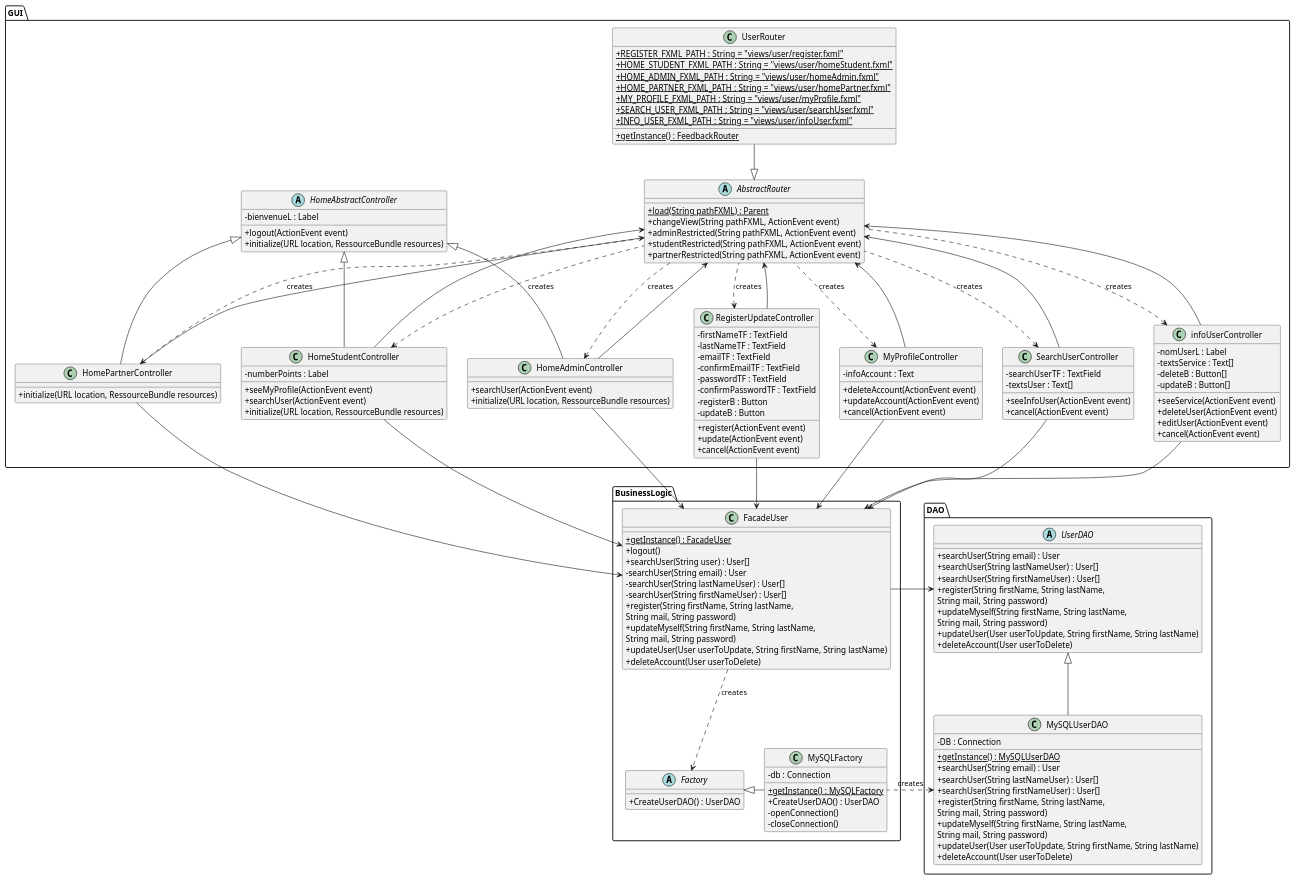
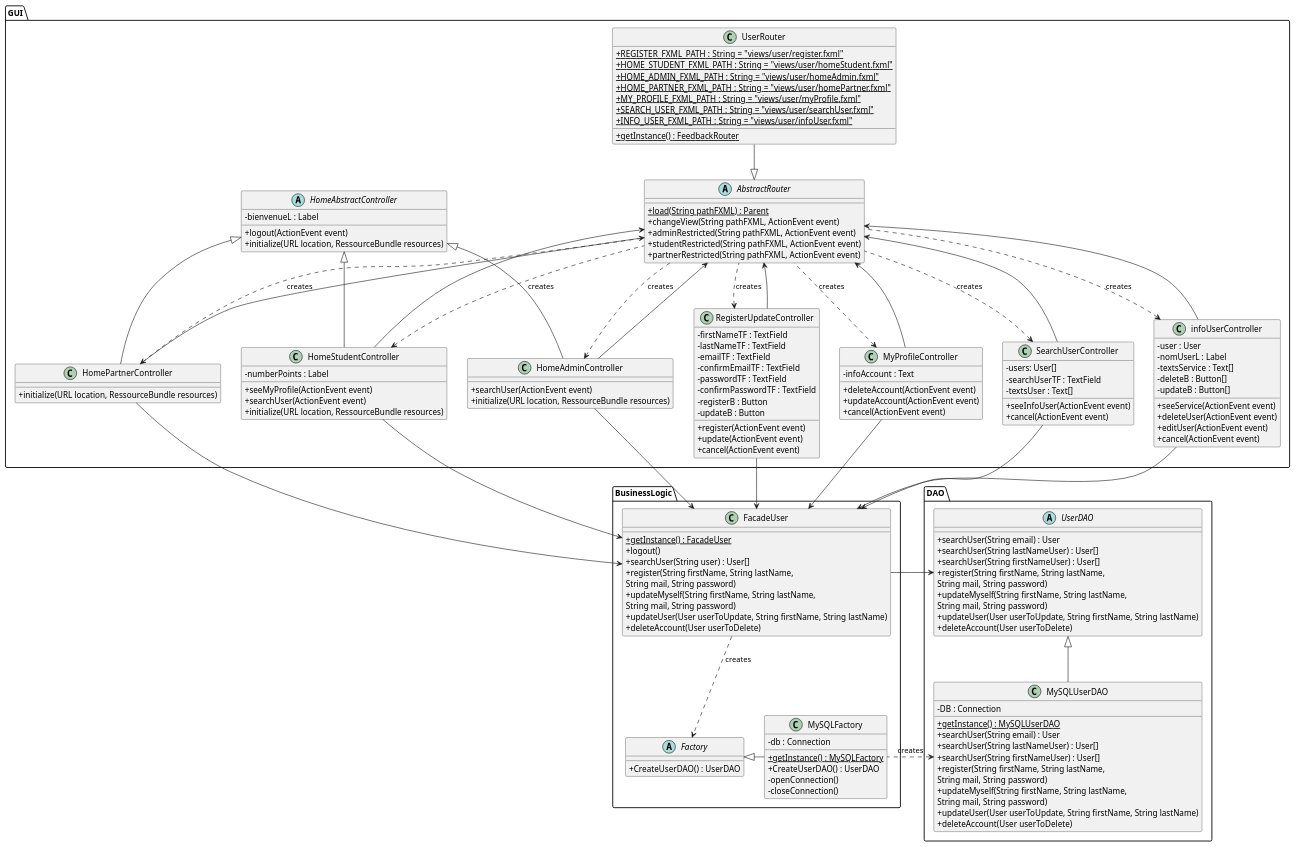
Before and after one commit to guiguie34/StudEasy: the diagram in project_diagrams/classDiagrams/userManagement.puml, drawn with PlantUML. The commit also changed 2 other files, not shown here.

Commit message:
Fix : class diagrams

```diff
--- a/project_diagrams/classDiagrams/userManagement.puml
+++ b/project_diagrams/classDiagrams/userManagement.puml
@@ -1,182 +1,181 @@
 @startuml
 skinparam classAttributeIconSize 0
 
 package GUI{
     abstract class AbstractRouter{
         + {static} load(String pathFXML) : Parent
         + changeView(String pathFXML, ActionEvent event)
         + adminRestricted(String pathFXML, ActionEvent event)
         + studentRestricted(String pathFXML, ActionEvent event)
         + partnerRestricted(String pathFXML, ActionEvent event)
     }
 
     class UserRouter{
         + {static} REGISTER_FXML_PATH : String = "views/user/register.fxml"
         + {static} HOME_STUDENT_FXML_PATH : String = "views/user/homeStudent.fxml"
         + {static} HOME_ADMIN_FXML_PATH : String = "views/user/homeAdmin.fxml"
         + {static} HOME_PARTNER_FXML_PATH : String = "views/user/homePartner.fxml"
         + {static} MY_PROFILE_FXML_PATH : String = "views/user/myProfile.fxml"
         + {static} SEARCH_USER_FXML_PATH : String = "views/user/searchUser.fxml"
         + {static} INFO_USER_FXML_PATH : String = "views/user/infoUser.fxml"
         + {static} getInstance() : FeedbackRouter
     }
 
     abstract class HomeAbstractController{
         - bienvenueL : Label
         + logout(ActionEvent event)
         + initialize(URL location, RessourceBundle resources)
     }
 
     class HomePartnerController{
         + initialize(URL location, RessourceBundle resources)
     }
 
     class HomeStudentController{
         - numberPoints : Label
         + seeMyProfile(ActionEvent event)
         + searchUser(ActionEvent event)
         + initialize(URL location, RessourceBundle resources)
     }
 
     class HomeAdminController{
         + searchUser(ActionEvent event)
         + initialize(URL location, RessourceBundle resources)
     }
 
     class RegisterUpdateController{
         - firstNameTF : TextField
         - lastNameTF : TextField
         - emailTF : TextField
         - confirmEmailTF : TextField
         - passwordTF : TextField
         - confirmPasswordTF : TextField
         - registerB : Button
         - updateB : Button
         + register(ActionEvent event)
         + update(ActionEvent event)
         + cancel(ActionEvent event)
     }
 
     class MyProfileController{
         - infoAccount : Text
         + deleteAccount(ActionEvent event)
         + updateAccount(ActionEvent event)
         + cancel(ActionEvent event)
     }
 
     class SearchUserController{
+        - users: User[]
         - searchUserTF : TextField
         - textsUser : Text[]
         + seeInfoUser(ActionEvent event)
         + cancel(ActionEvent event)
     }
 
     class infoUserController{
+        - user : User
         - nomUserL : Label
         - textsService : Text[]
         - deleteB : Button[]
         - updateB : Button[]
         + seeService(ActionEvent event)
         + deleteUser(ActionEvent event)
         + editUser(ActionEvent event)
         + cancel(ActionEvent event)
     }
 
     HomePartnerController -up-|> HomeAbstractController
     HomeStudentController -up-|> HomeAbstractController
     HomeAdminController -up-|> HomeAbstractController
 
     HomePartnerController -up-> AbstractRouter
     HomeStudentController -up-> AbstractRouter
     HomeAdminController -up-> AbstractRouter
     RegisterUpdateController -up-> AbstractRouter
     MyProfileController -up-> AbstractRouter
     SearchUserController -up-> AbstractRouter
     infoUserController -up-> AbstractRouter
 
     HomePartnerController <.. AbstractRouter : creates
     HomeStudentController <.. AbstractRouter : creates
     HomeAdminController <.. AbstractRouter : creates
     RegisterUpdateController <.. AbstractRouter : creates
     MyProfileController <.. AbstractRouter : creates
     SearchUserController <.. AbstractRouter : creates
     infoUserController <.. AbstractRouter : creates
 
     UserRouter -down-|> AbstractRouter
 
 }
 
 package BusinessLogic{
     class FacadeUser{
         + {static} getInstance() : FacadeUser
         + logout()
         + searchUser(String user) : User[]
-        - searchUser(String email) : User
-        - searchUser(String lastNameUser) : User[]
-        - searchUser(String firstNameUser) : User[]
         + register(String firstName, String lastName,
         String mail, String password)
         + updateMyself(String firstName, String lastName,
         String mail, String password)
         + updateUser(User userToUpdate, String firstName, String lastName)
         + deleteAccount(User userToDelete)
     }
 
     abstract class Factory{
         + CreateUserDAO() : UserDAO
     }
 
     class MySQLFactory{
         - db : Connection
         + {static} getInstance() : MySQLFactory
         + CreateUserDAO() : UserDAO
         - openConnection()
         - closeConnection()
     }
 
     FacadeUser ..> Factory  : creates
     MySQLFactory -left-|> Factory
 
     HomePartnerController --> FacadeUser
     HomeStudentController --> FacadeUser
     HomeAdminController --> FacadeUser
     RegisterUpdateController --> FacadeUser
     MyProfileController --> FacadeUser
     SearchUserController --> FacadeUser
     infoUserController --> FacadeUser
 }
 
 package DAO{
     abstract class UserDAO{
         + searchUser(String email) : User
         + searchUser(String lastNameUser) : User[]
         + searchUser(String firstNameUser) : User[]
         + register(String firstName, String lastName,
         String mail, String password)
         + updateMyself(String firstName, String lastName,
         String mail, String password)
         + updateUser(User userToUpdate, String firstName, String lastName)
         + deleteAccount(User userToDelete)
     }
 
     class MySQLUserDAO{
         - DB : Connection
         + {static} getInstance() : MySQLUserDAO
         + searchUser(String email) : User
         + searchUser(String lastNameUser) : User[]
         + searchUser(String firstNameUser) : User[]
         + register(String firstName, String lastName,
         String mail, String password)
         + updateMyself(String firstName, String lastName,
         String mail, String password)
         + updateUser(User userToUpdate, String firstName, String lastName)
         + deleteAccount(User userToDelete)
     }
 
     UserDAO <|-- MySQLUserDAO
     UserDAO <-right- FacadeUser
 
     MySQLUserDAO <.right. MySQLFactory : creates
 }
 
 @enduml
```
